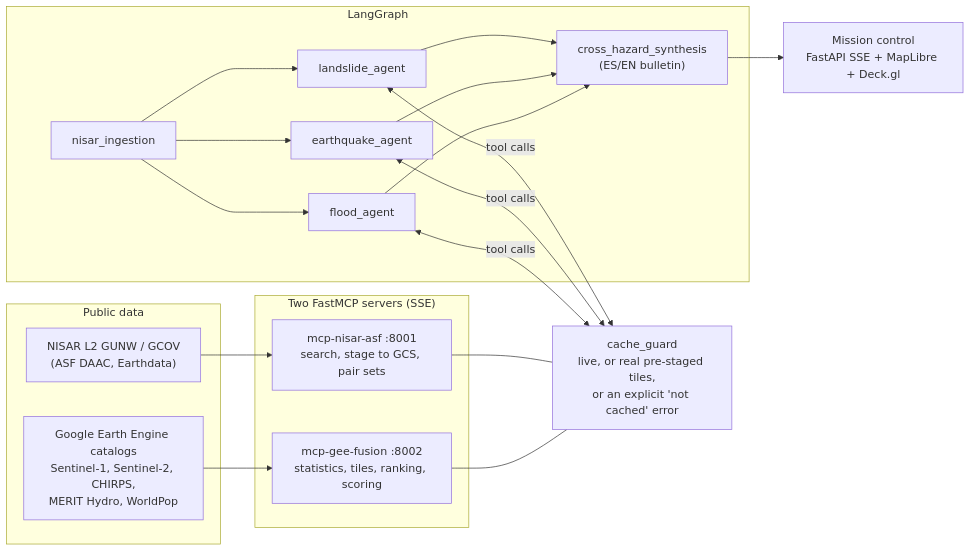
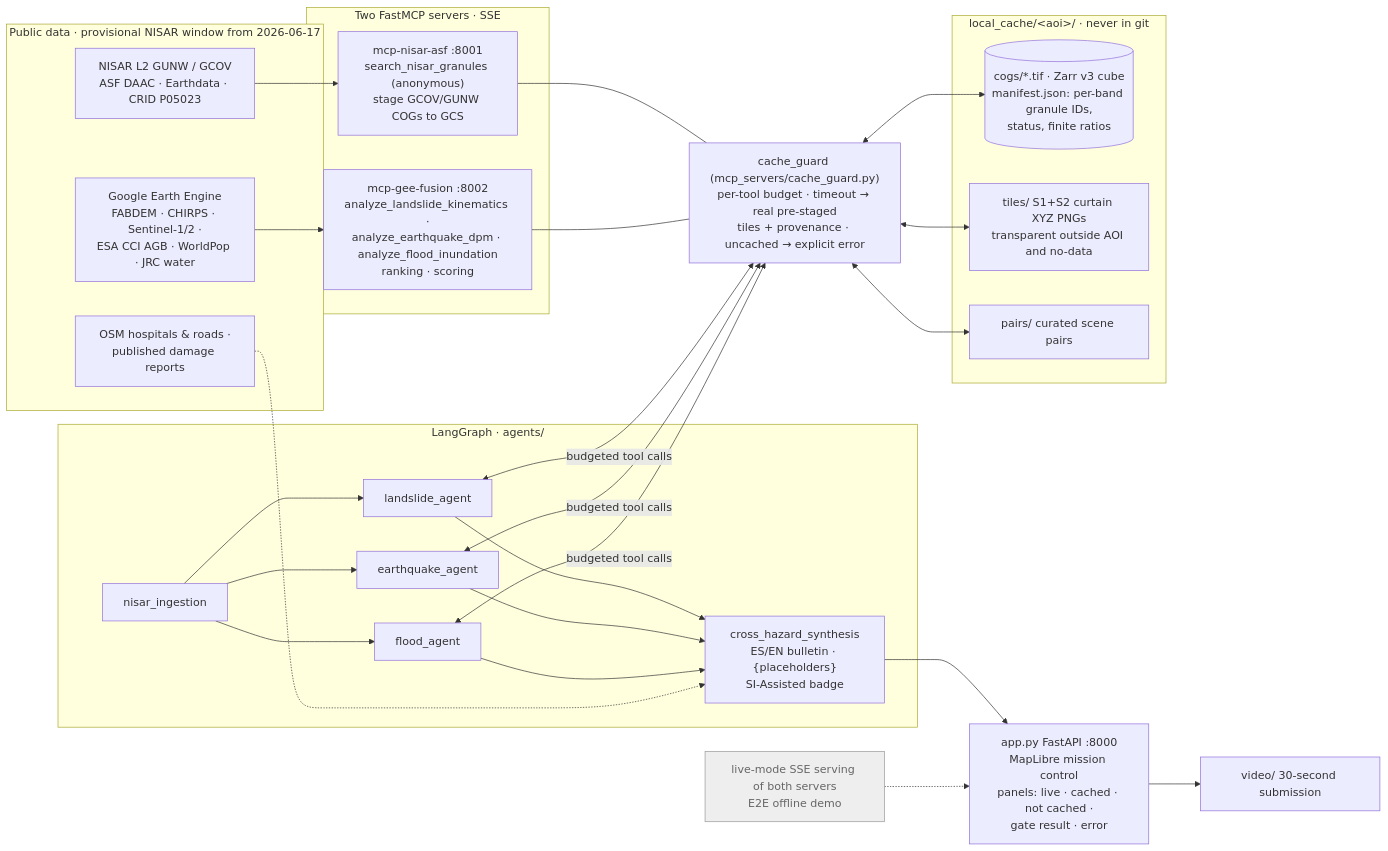
One commit to NASA-Space-Apps-Challenge-two-left-feet/surface_tango changed the first of 3 diagrams in README.md. Above: the diagram before and after it, drawn with Mermaid. The commit also changed other lines of this file, not shown here.

First line of the commit message:
docs(readme): regenerate readme with identity, stickers and diagrams

````diff
--- a/README.md
+++ b/README.md
@@ -110,29 +88,41 @@
 ```mermaid
 flowchart LR
-    subgraph DATA["Public data"]
-        NISAR["NISAR L2 GUNW / GCOV<br/>(ASF DAAC, Earthdata)"]
-        GEE["Google Earth Engine catalogs<br/>Sentinel-1, Sentinel-2, CHIRPS,<br/>MERIT Hydro, WorldPop"]
+    subgraph DATA["Public data · provisional NISAR window from 2026-06-17"]
+        NISAR["NISAR L2 GUNW / GCOV<br/>ASF DAAC · Earthdata · CRID P05023"]
+        GEE["Google Earth Engine<br/>FABDEM · CHIRPS · Sentinel-1/2 ·<br/>ESA CCI AGB · WorldPop · JRC water"]
+        PUB["OSM hospitals & roads ·<br/>published damage reports"]
     end
-    subgraph MCP["Two FastMCP servers (SSE)"]
-        M1["mcp-nisar-asf :8001<br/>search, stage to GCS, pair sets"]
-        M2["mcp-gee-fusion :8002<br/>statistics, tiles, ranking, scoring"]
+    subgraph SERVERS["Two FastMCP servers · SSE"]
+        M1["mcp-nisar-asf :8001<br/>search_nisar_granules (anonymous)<br/>stage GCOV/GUNW COGs to GCS"]
+        M2["mcp-gee-fusion :8002<br/>analyze_landslide_kinematics ·<br/>analyze_earthquake_dpm · analyze_flood_inundation<br/>ranking · scoring"]
     end
-    GUARD["cache_guard<br/>live, or real pre-staged tiles,<br/>or an explicit 'not cached' error"]
-    subgraph GRAPH["LangGraph"]
+    GUARD["cache_guard (mcp_servers/cache_guard.py)<br/>per-tool budget · timeout → real pre-staged<br/>tiles + provenance · uncached → explicit error"]
+    subgraph GRAPH["LangGraph · agents/"]
         IN["nisar_ingestion"]
         L["landslide_agent"]
         Q["earthquake_agent"]
         F["flood_agent"]
-        S["cross_hazard_synthesis<br/>(ES/EN bulletin)"]
+        S["cross_hazard_synthesis<br/>ES/EN bulletin · {placeholders}<br/>SI-Assisted badge"]
     end
-    UI["Mission control<br/>FastAPI SSE + MapLibre + Deck.gl"]
+    subgraph CACHE["local_cache/&lt;aoi&gt;/ · never in git"]
+        ZARR[("cogs/*.tif · Zarr v3 cube<br/>manifest.json: per-band granule IDs,<br/>status, finite ratios")]
+        TILES["tiles/ S1+S2 curtain XYZ PNGs<br/>transparent outside AOI and no-data"]
+        PAIRS["pairs/ curated scene pairs"]
+    end
+    UI["app.py FastAPI :8000<br/>MapLibre mission control<br/>panels: live · cached · not cached ·<br/>gate result · error"]
+    VIDEO["video/ 30-second submission"]
 
     NISAR --> M1
     GEE --> M2
     M1 --- GUARD
     M2 --- GUARD
+    GUARD <--> ZARR & TILES & PAIRS
     IN --> L & Q & F
+    L & Q & F <-->|budgeted tool calls| GUARD
     L & Q & F --> S
-    L & Q & F <-->|tool calls| GUARD
     S --> UI
+    PUB -.-> S
+    UI --> VIDEO
+    LIVE["live-mode SSE serving of both servers<br/>E2E offline demo"]:::pending -.-> UI
+    classDef pending fill:#eee,stroke:#999,color:#666
 ```
````
